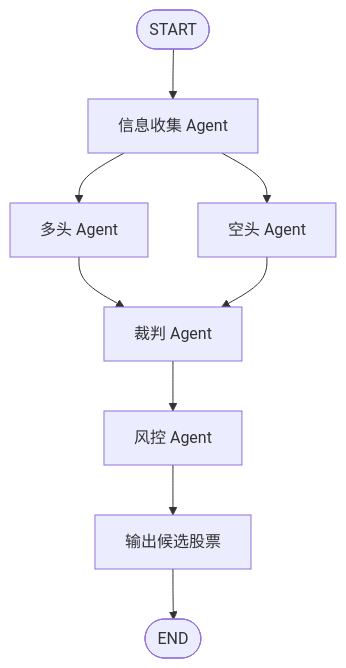
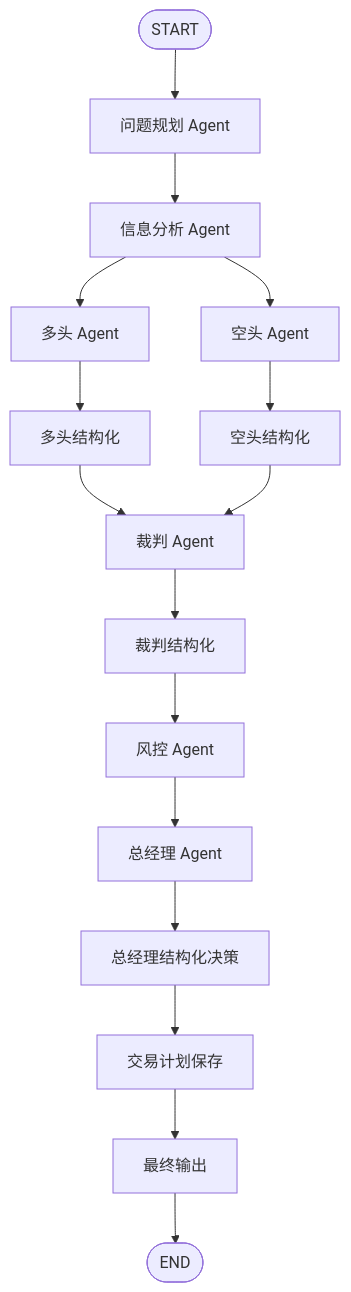
The diagram in README.md (SPUERSAIYAN/StockAgentWar), drawn with Mermaid before and after one commit. The commit also changed other lines of this file and 39 other files, not shown here.

````diff
--- a/README.md
+++ b/README.md
@@ -109,11 +109,18 @@
 ```mermaid
 flowchart TD
-    START([START]) --> INFO[信息收集 Agent]
+    START([START]) --> PLAN[问题规划 Agent]
+    PLAN --> INFO[信息分析 Agent]
     INFO --> BULL[多头 Agent]
     INFO --> BEAR[空头 Agent]
-    BULL --> JUDGE[裁判 Agent]
-    BEAR --> JUDGE
-    JUDGE --> RISK[风控 Agent]
-    RISK --> OUTPUT[输出候选股票]
+    BULL --> BULL_STRUCT[多头结构化]
+    BEAR --> BEAR_STRUCT[空头结构化]
+    BULL_STRUCT --> JUDGE[裁判 Agent]
+    BEAR_STRUCT --> JUDGE
+    JUDGE --> JUDGE_STRUCT[裁判结构化]
+    JUDGE_STRUCT --> RISK[风控 Agent]
+    RISK --> MANAGER[总经理 Agent]
+    MANAGER --> DECISION[总经理结构化决策]
+    DECISION --> SAVE[交易计划保存]
+    SAVE --> OUTPUT[最终输出]
     OUTPUT --> END([END])
 ```
````
